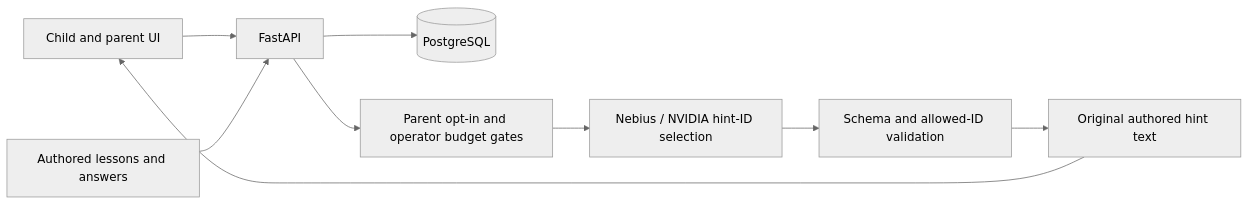
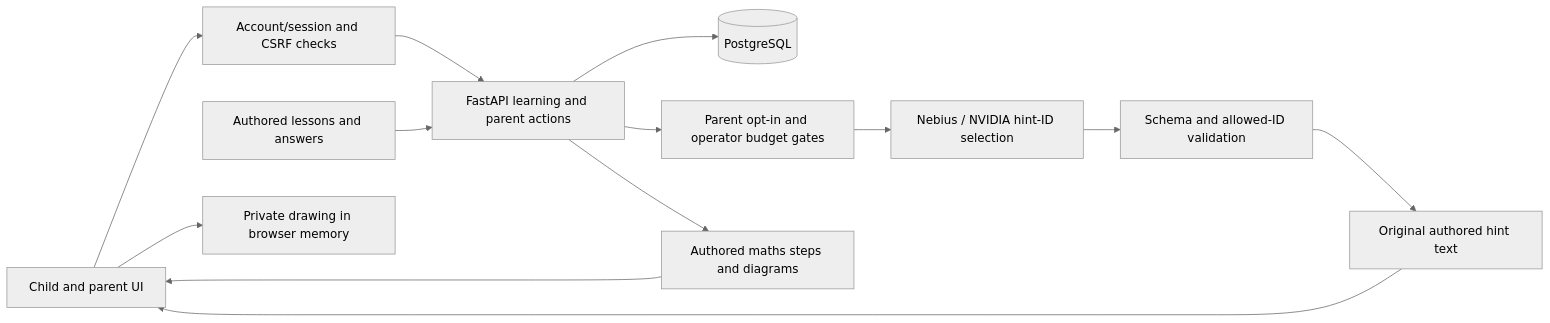
One commit to jayasuriyane04/tarka-v3.1 changed the diagram in docs/ARCHITECTURE.md. Above: the diagram before and after it, drawn with Mermaid (neutral theme). The commit also changed other lines of this file and 42 other files, not shown here.

````diff
--- a/docs/ARCHITECTURE.md
+++ b/docs/ARCHITECTURE.md
@@ -3,11 +3,15 @@
 ```mermaid
 flowchart LR
-  B[Child and parent UI] --> A[FastAPI]
+  B[Child and parent UI] --> S[Account/session and CSRF checks]
+  S --> A[FastAPI learning and parent actions]
   A --> D[(PostgreSQL)]
   C[Authored lessons and answers] --> A
   A --> G[Parent opt-in and operator budget gates]
   G --> N[Nebius / NVIDIA hint-ID selection]
   N --> V[Schema and allowed-ID validation]
   V --> H[Original authored hint text]
   H --> B
+  A --> W[Authored maths steps and diagrams]
+  W --> B
+  B --> L[Private drawing in browser memory]
 ```
````
